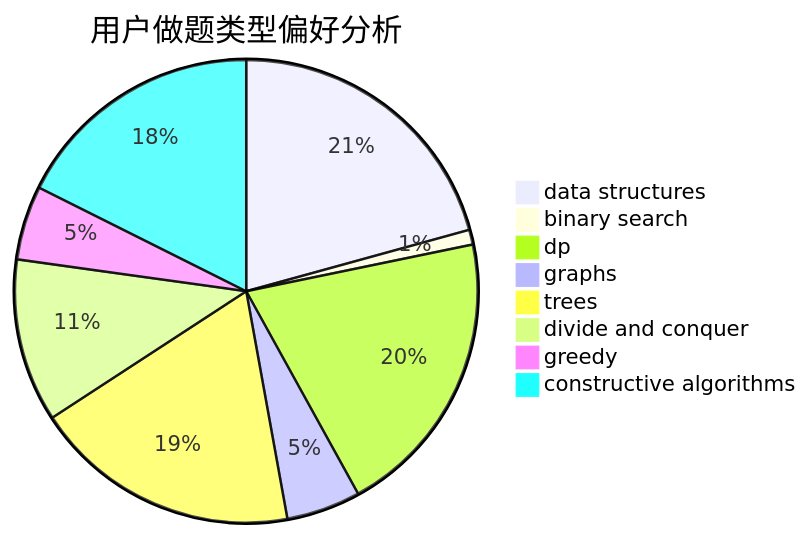
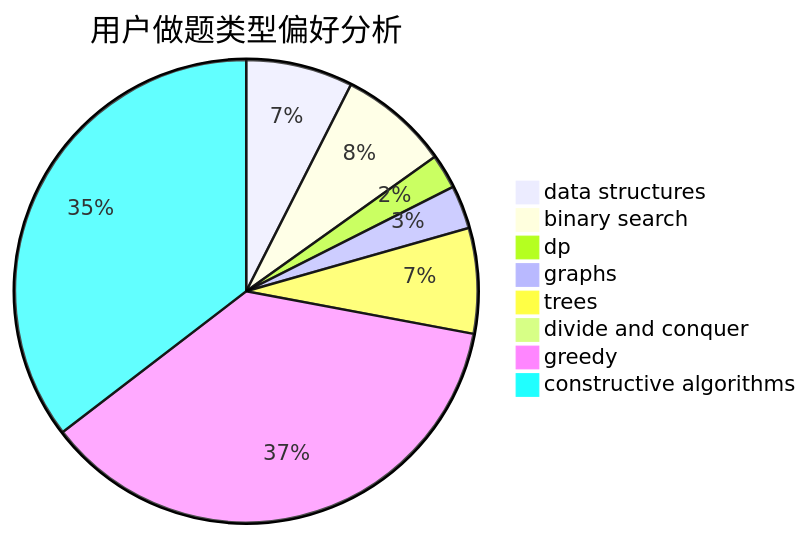
Before and after one commit to sherpahu/cfrs.github.io: the second of 3 diagrams in docs/user/u1558.md, drawn with Mermaid. The commit also changed other lines of this file and 2770 other files, not shown here.

````diff
--- a/docs/user/u1558.md
+++ b/docs/user/u1558.md
@@ -23,11 +23,11 @@
 ```mermaid
 pie title 用户做题类型偏好分析
-    "data structures" :  40
-    "binary search" :  2
-    "dp" :  39
-    "graphs" :  10
-    "trees" :  36
-    "divide and conquer" :  22
-    "greedy" :  10
-    "constructive algorithms" :  34
+    "data structures" :  74
+    "binary search" :  76
+    "dp" :  24
+    "graphs" :  30
+    "trees" :  73
+    "divide and conquer" :  1
+    "greedy" :  363
+    "constructive algorithms" :  351
 ```
````
